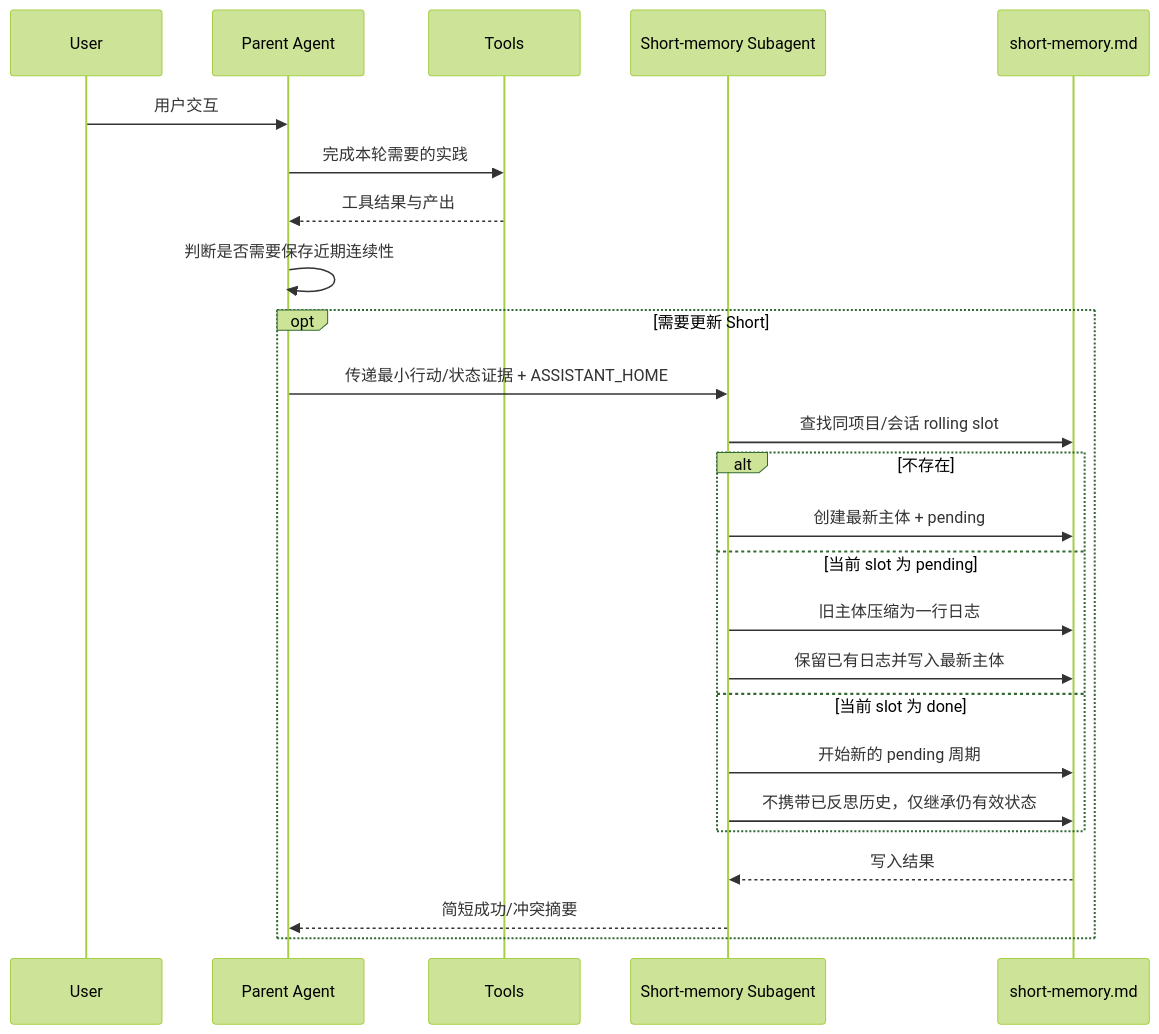
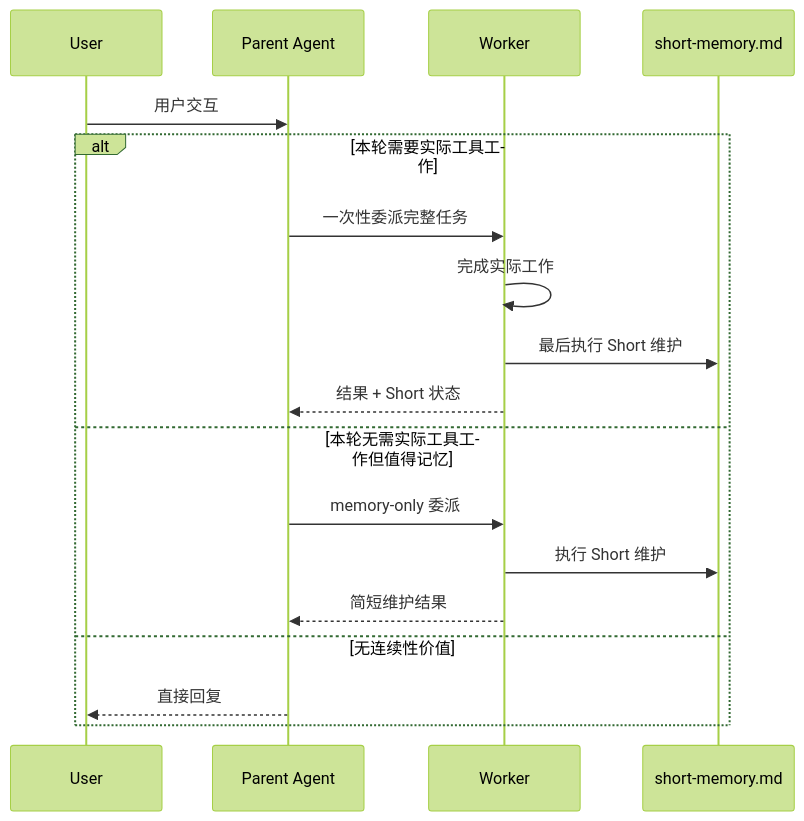
One commit to Ri0n72Y/agent-identity-cycle changed the first of 4 diagrams in docs/data-flow.md. Above: the diagram before and after it, drawn with Mermaid (forest theme). The commit also changed other lines of this file and 14 other files, not shown here.

First line of the commit message:
tighten worker write and memory boundaries

````diff
--- a/docs/data-flow.md
+++ b/docs/data-flow.md
@@ -9,28 +9,21 @@
 ```mermaid
 sequenceDiagram
     participant U as User
     participant A as Parent Agent
-    participant T as Tools
-    participant SA as Short-memory Subagent
+    participant W as Worker
     participant S as short-memory.md
 
     U->>A: 用户交互
-    A->>T: 完成本轮需要的实践
-    T-->>A: 工具结果与产出
-    A->>A: 判断是否需要保存近期连续性
-    opt 需要更新 Short
-        A->>SA: 传递最小行动/状态证据 + ASSISTANT_HOME
-        SA->>S: 查找同项目/会话 rolling slot
-        alt 不存在
-            SA->>S: 创建最新主体 + pending
-        else 当前 slot 为 pending
-            SA->>S: 旧主体压缩为一行日志
-            SA->>S: 保留已有日志并写入最新主体
-        else 当前 slot 为 done
-            SA->>S: 开始新的 pending 周期
-            SA->>S: 不携带已反思历史，仅继承仍有效状态
-        end
-        S-->>SA: 写入结果
-        SA-->>A: 简短成功/冲突摘要
+    alt 本轮需要实际工具工作
+        A->>W: 一次性委派完整任务
+        W->>W: 完成实际工作
+        W->>S: 最后执行 Short 维护
+        W-->>A: 结果 + Short 状态
+    else 本轮无需实际工具工作但值得记忆
+        A->>W: memory-only 委派
+        W->>S: 执行 Short 维护
+        W-->>A: 简短维护结果
+    else 无连续性价值
+        A-->>U: 直接回复
     end
 ```
````
